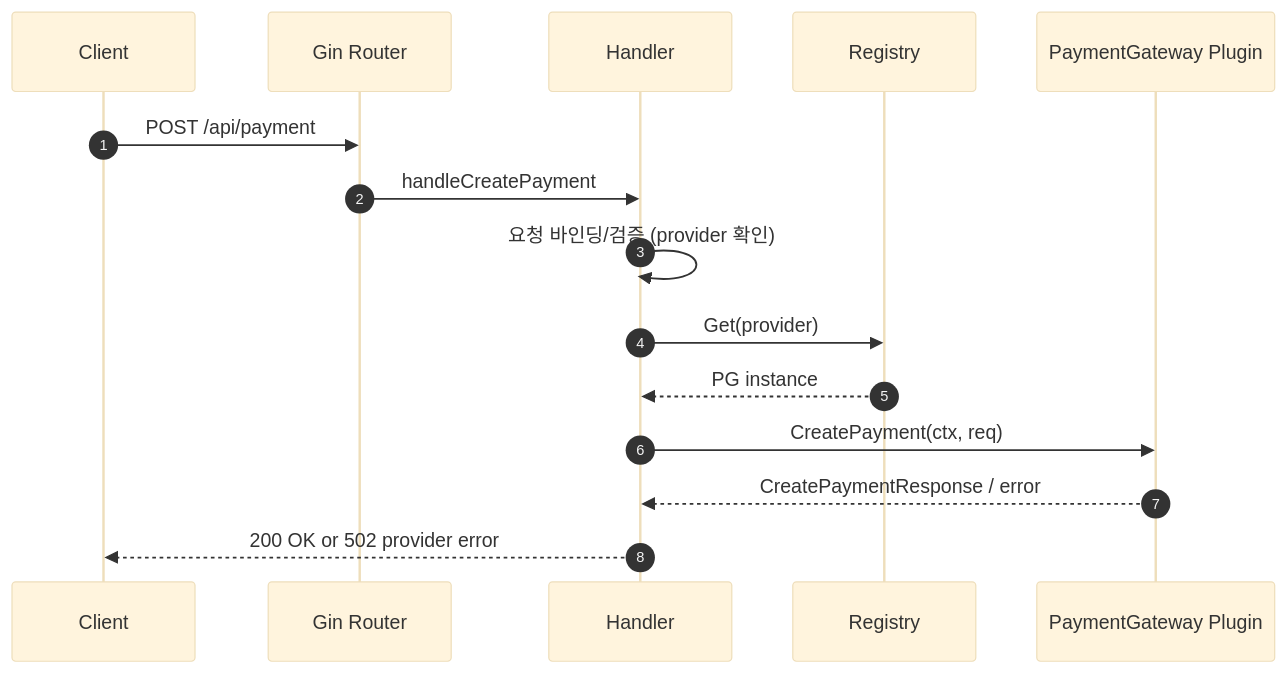
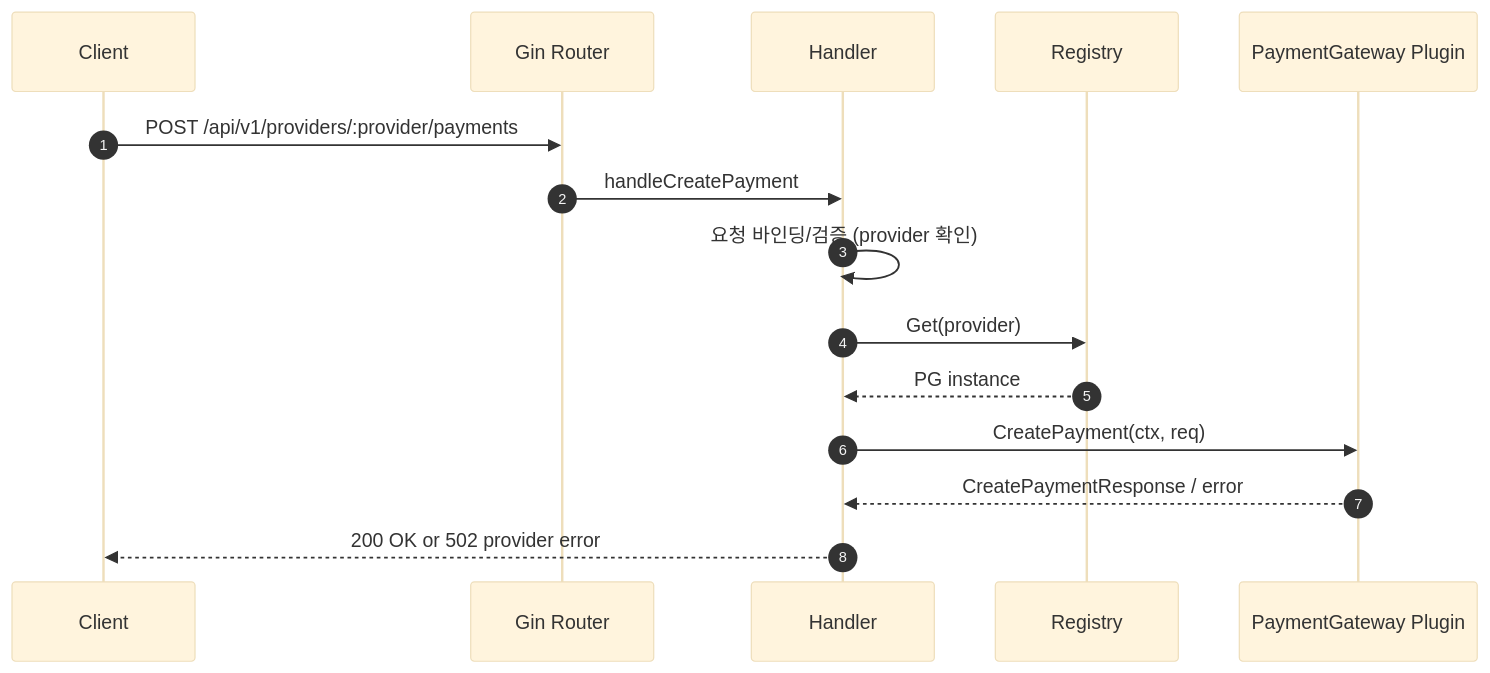
Before and after one commit to dracocity/draco-payment-bridge-core: the second of 3 diagrams in docs/flow.md, drawn with Mermaid (base theme). The commit also changed other lines of this file and 1 other file, not shown here.

Commit message:
docs: align README and flow docs with current API (#13)

````diff
--- a/docs/flow.md
+++ b/docs/flow.md
@@ -49,18 +49,18 @@
 ```mermaid
 sequenceDiagram
     autonumber
     participant Client
     participant Router as Gin Router
     participant H as Handler
     participant Reg as Registry
     participant PG as PaymentGateway Plugin
 
-    Client->>Router: POST /api/payment
+    Client->>Router: POST /api/v1/providers/:provider/payments
     Router->>H: handleCreatePayment
     H->>H: 요청 바인딩/검증 (provider 확인)
     H->>Reg: Get(provider)
     Reg-->>H: PG instance
     H->>PG: CreatePayment(ctx, req)
     PG-->>H: CreatePaymentResponse / error
     H-->>Client: 200 OK or 502 provider error
 ```
````
